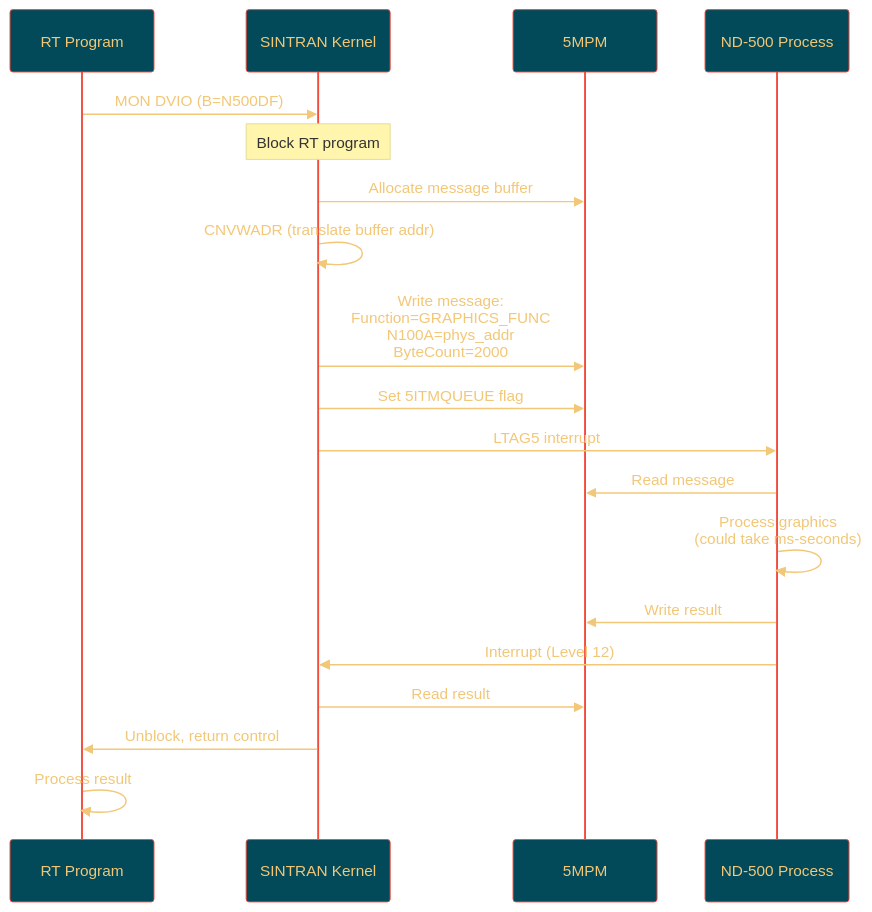
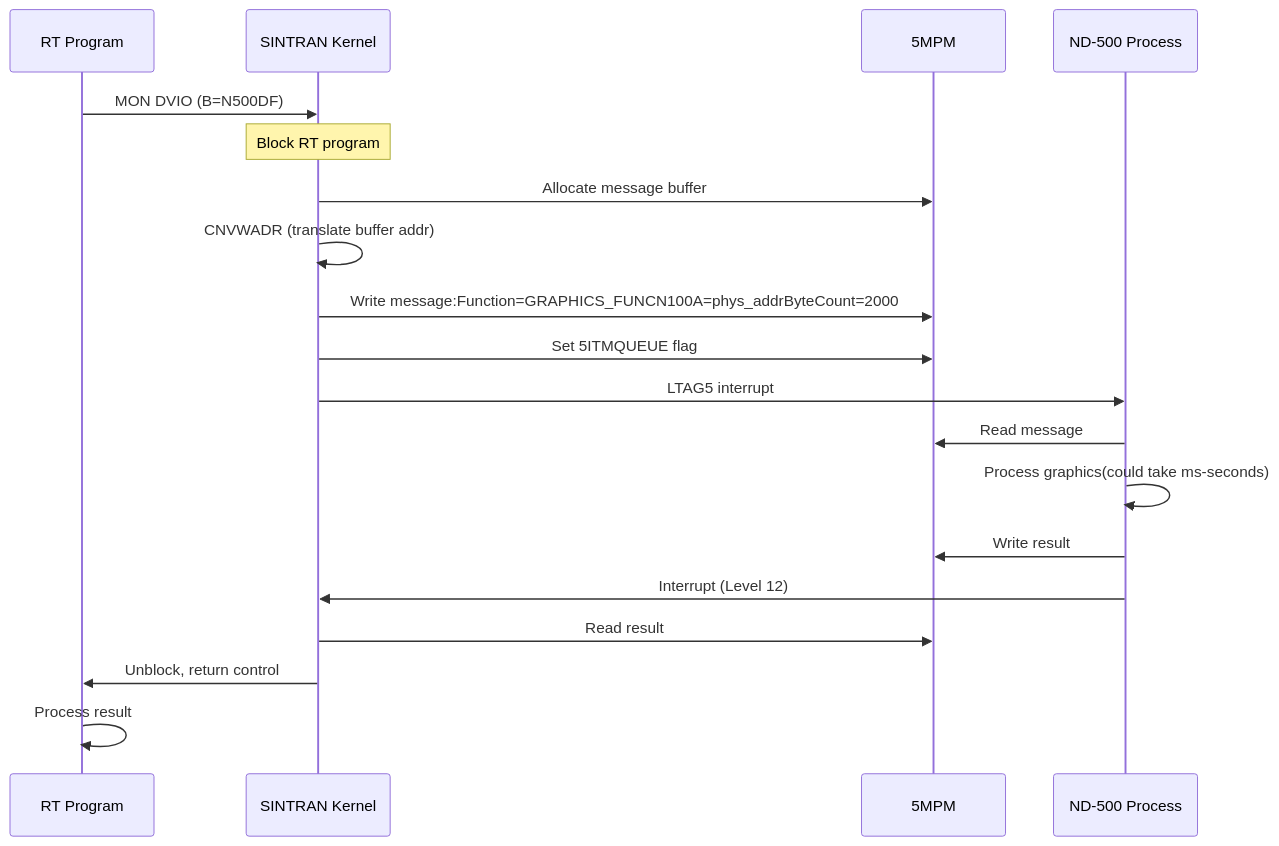
One commit to HackerCorpLabs/NDInsight changed the seventh of 7 diagrams in SINTRAN/OS/05-ND500-DMA-KERNEL.md. Above: the diagram before and after it, drawn with Mermaid. The commit also changed other lines of this file and 19 other files, not shown here.

Commit message:
Updated Mermaid diagrams

````diff
--- a/SINTRAN/OS/05-ND500-DMA-KERNEL.md
+++ b/SINTRAN/OS/05-ND500-DMA-KERNEL.md
@@ -738,25 +732,24 @@
 ```mermaid
-%%{init: {'theme':'base', 'themeVariables': {'primaryColor':'#024959','primaryTextColor':'#F2C777','primaryBorderColor':'#F24C3D','lineColor':'#F24C3D','secondaryColor':'#A62F03','tertiaryColor':'#F2E8C6'}}}%%
 sequenceDiagram
     participant RT as RT Program
     participant K as SINTRAN Kernel
     participant MPM as 5MPM
     participant ND5 as ND-500 Process
     
     RT->>K: MON DVIO (B=N500DF)
     Note over K: Block RT program
     K->>MPM: Allocate message buffer
     K->>K: CNVWADR (translate buffer addr)
-    K->>MPM: Write message:<br/>Function=GRAPHICS_FUNC<br/>N100A=phys_addr<br/>ByteCount=2000
+    K->>MPM: Write message:Function=GRAPHICS_FUNCN100A=phys_addrByteCount=2000
     K->>MPM: Set 5ITMQUEUE flag
     K->>ND5: LTAG5 interrupt
     
     ND5->>MPM: Read message
-    ND5->>ND5: Process graphics<br/>(could take ms-seconds)
+    ND5->>ND5: Process graphics(could take ms-seconds)
     ND5->>MPM: Write result
     ND5->>K: Interrupt (Level 12)
     
     K->>MPM: Read result
     K->>RT: Unblock, return control
     RT->>RT: Process result
 ```
````
